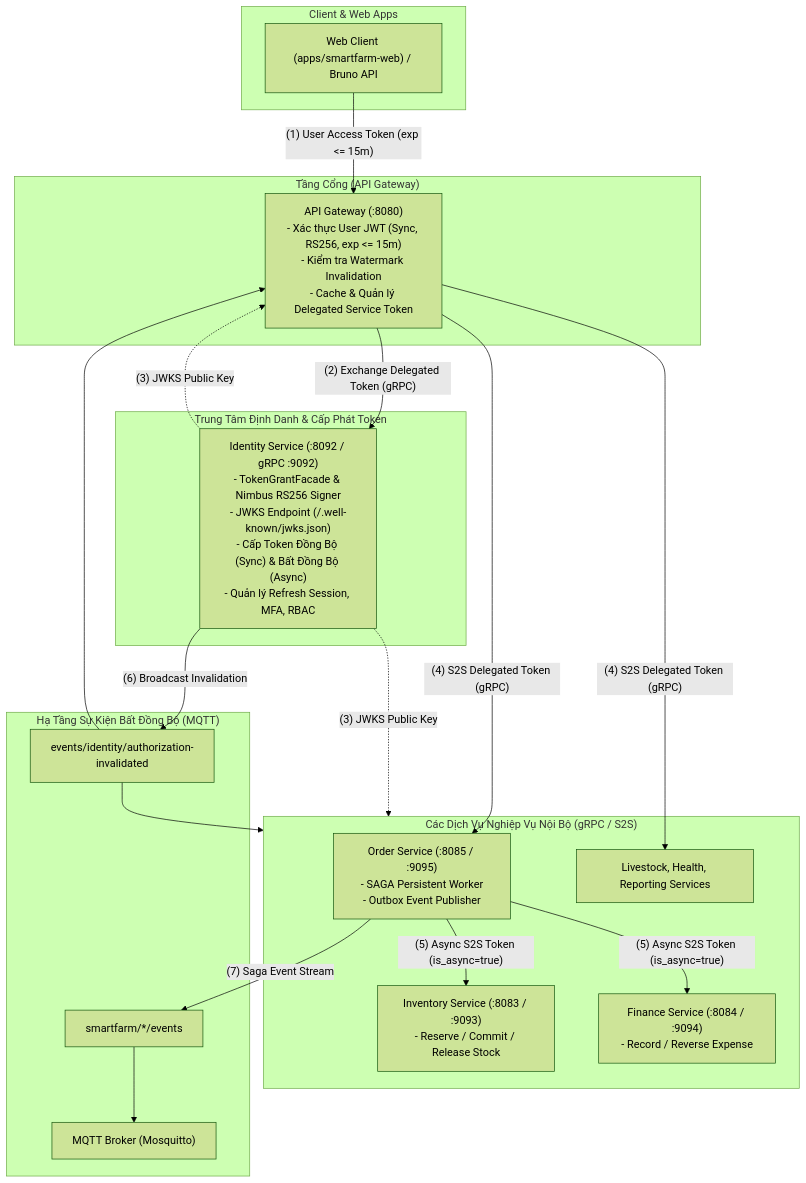
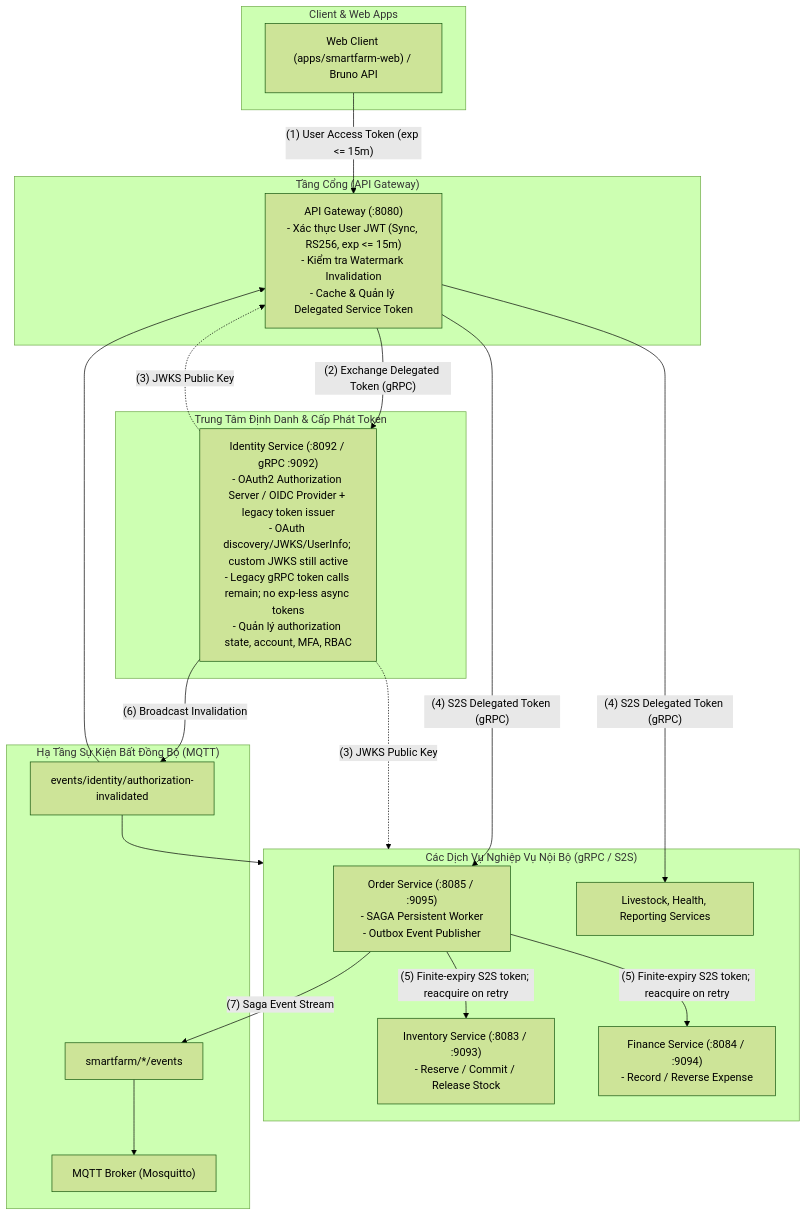
Before and after one commit to hatrongvu13/smartfarm-platform-maven-starter: the first of 3 diagrams in docs/security/security-architecture.md, drawn with Mermaid (forest theme). The commit also changed other lines of this file and 80 other files, not shown here.

Commit message:
complete identity service

````diff
--- a/docs/security/security-architecture.md
+++ b/docs/security/security-architecture.md
@@ -11,45 +11,45 @@
 ```mermaid
 flowchart TD
     subgraph External["Client & Web Apps"]
         Client["Web Client (apps/smartfarm-web) / Bruno API"]
     end
 
     subgraph Edge["Tầng Cổng (API Gateway)"]
         GW["API Gateway (:8080)\n- Xác thực User JWT (Sync, RS256, exp <= 15m)\n- Kiểm tra Watermark Invalidation\n- Cache & Quản lý Delegated Service Token"]
     end
 
     subgraph SecurityHub["Trung Tâm Định Danh & Cấp Phát Token"]
-        Identity["Identity Service (:8092 / gRPC :9092)\n- TokenGrantFacade & Nimbus RS256 Signer\n- JWKS Endpoint (/.well-known/jwks.json)\n- Cấp Token Đồng Bộ (Sync) & Bất Đồng Bộ (Async)\n- Quản lý Refresh Session, MFA, RBAC"]
+        Identity["Identity Service (:8092 / gRPC :9092)\n- OAuth2 Authorization Server / OIDC Provider + legacy token issuer\n- OAuth discovery/JWKS/UserInfo; custom JWKS still active\n- Legacy gRPC token calls remain; no exp-less async tokens\n- Quản lý authorization state, account, MFA, RBAC"]
     end
 
     subgraph InternalServices["Các Dịch Vụ Nghiệp Vụ Nội Bộ (gRPC / S2S)"]
         Order["Order Service (:8085 / :9095)\n- SAGA Persistent Worker\n- Outbox Event Publisher"]
         Inv["Inventory Service (:8083 / :9093)\n- Reserve / Commit / Release Stock"]
         Fin["Finance Service (:8084 / :9094)\n- Record / Reverse Expense"]
         Other["Livestock, Health, Reporting Services"]
     end
 
     subgraph EventMesh["Hạ Tầng Sự Kiện Bất Đồng Bộ (MQTT)"]
         Broker["MQTT Broker (Mosquitto)"]
         WatermarkTopic["events/identity/authorization-invalidated"]
         SagaEvents["smartfarm/*/events"]
     end
 
     Client -->|"(1) User Access Token (exp <= 15m)"| GW
     GW -->|"(2) Exchange Delegated Token (gRPC)"| Identity
     Identity -.->|"(3) JWKS Public Key"| GW
     Identity -.->|"(3) JWKS Public Key"| InternalServices
 
     GW -->|"(4) S2S Delegated Token (gRPC)"| Order
     GW -->|"(4) S2S Delegated Token (gRPC)"| Other
 
-    Order -->|"(5) Async S2S Token (is_async=true)"| Inv
-    Order -->|"(5) Async S2S Token (is_async=true)"| Fin
+    Order -->|"(5) Finite-expiry S2S token; reacquire on retry"| Inv
+    Order -->|"(5) Finite-expiry S2S token; reacquire on retry"| Fin
 
     Identity -->|"(6) Broadcast Invalidation"| WatermarkTopic
     WatermarkTopic --> GW
     WatermarkTopic --> InternalServices
 
     Order -->|"(7) Saga Event Stream"| SagaEvents
     SagaEvents --> Broker
 ```
````
